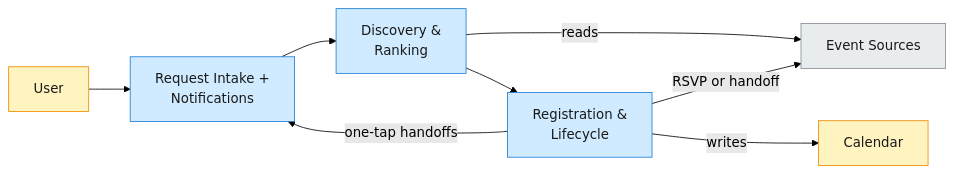
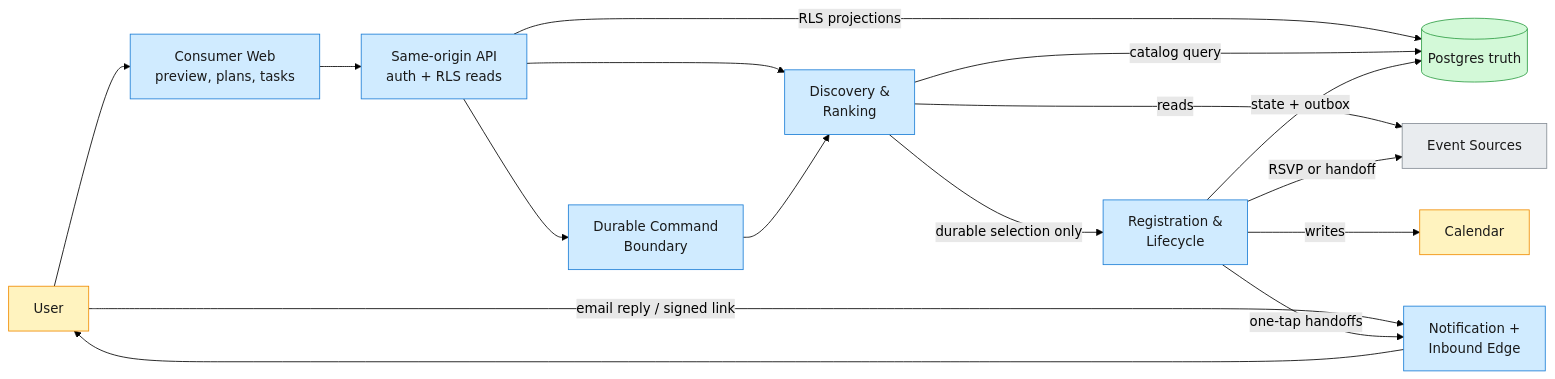
Before and after one commit to iliazlobin/events-concierge: the first of 7 diagrams in design/system-design.md, drawn with Mermaid (forest theme). The commit also changed other lines of this file and 599 other files, not shown here.

````diff
--- a/design/system-design.md
+++ b/design/system-design.md
@@ -5,17 +5,27 @@
 ```mermaid
 graph LR
-    U["User"] --> IN["Request Intake +<br/>Notifications"]
-    IN --> DR["Discovery &<br/>Ranking"]
-    DR --> RL["Registration &<br/>Lifecycle"]
+    U["User"] --> WEB["Consumer Web<br/>preview, plans, tasks"]
+    U -->|"email reply / signed link"| IN["Notification +<br/>Inbound Edge"]
+    WEB --> EDGE["Same-origin API<br/>auth + RLS reads"]
+    EDGE --> DR["Discovery &<br/>Ranking"]
+    EDGE --> CMD["Durable Command<br/>Boundary"]
+    CMD --> DR
+    DR -->|"durable selection only"| RL["Registration &<br/>Lifecycle"]
+    EDGE -->|"RLS projections"| PG[("Postgres truth")]
+    DR -->|"catalog query"| PG
+    RL -->|"state + outbox"| PG
     DR -->|"reads"| ES["Event Sources"]
     RL -->|"RSVP or handoff"| ES
     RL -->|"writes"| CAL["Calendar"]
     RL -->|"one-tap handoffs"| IN
+    IN --> U
 
     classDef edge fill:#fff3bf,stroke:#f08c00,color:#1a1a1a;
     classDef svc fill:#d0ebff,stroke:#1c7ed6,color:#1a1a1a;
+    classDef store fill:#d3f9d8,stroke:#2f9e44,color:#1a1a1a;
     classDef ext fill:#e9ecef,stroke:#868e96,color:#1a1a1a;
     class U,CAL edge;
-    class IN,DR,RL svc;
+    class WEB,EDGE,IN,CMD,DR,RL svc;
+    class PG store;
     class ES ext;
 ```
````
